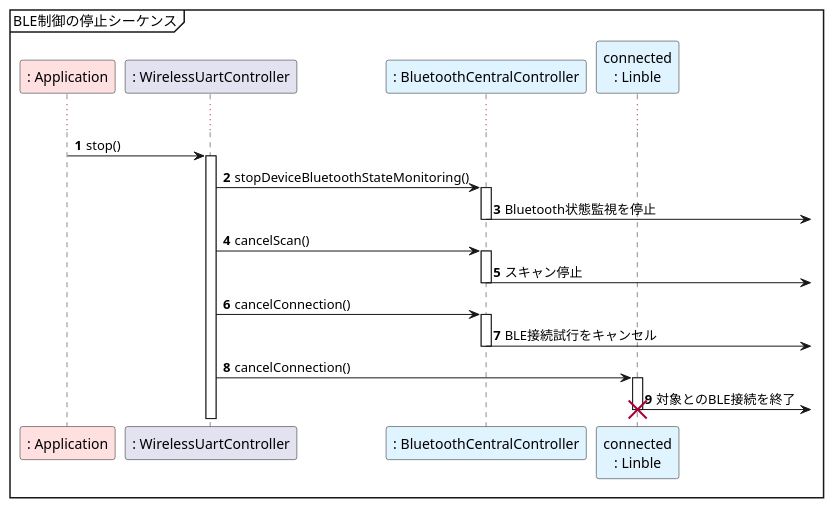
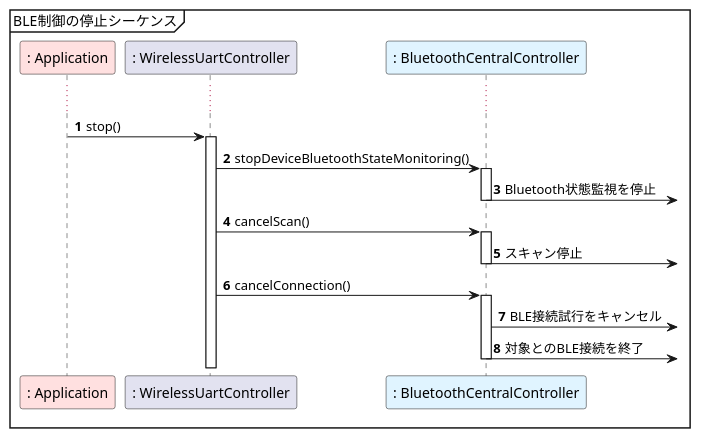
One commit to musen-connect-inc/linble-sample-wireless-uart changed diagram 12 of 16 in plantuml.md. Above: the diagram before and after it, drawn with PlantUML. The commit also changed other lines of this file and 29 other files, not shown here.

````diff
--- a/plantuml.md
+++ b/plantuml.md
@@ -558,39 +514,35 @@
 ```plantuml
 @startuml sequence_stop
 
 mainframe BLE制御の停止シーケンス
 
 participant ": Application" as Application #ffe0e0
 participant ": WirelessUartController" as WirelessUartController
 participant ": BluetoothCentralController" as BluetoothCentralController #e0f4ff
-participant "connected\n: Linble" as Linble #e0f4ff
 
 autonumber
 
 ...
 
 Application -> WirelessUartController: stop()
 activate WirelessUartController
 
 WirelessUartController -> BluetoothCentralController: stopDeviceBluetoothStateMonitoring()
 activate BluetoothCentralController
 BluetoothCentralController ->]: Bluetooth状態監視を停止
 deactivate BluetoothCentralController
 
 WirelessUartController -> BluetoothCentralController: cancelScan()
 activate BluetoothCentralController
 BluetoothCentralController ->]: スキャン停止
 deactivate BluetoothCentralController
 
 WirelessUartController -> BluetoothCentralController: cancelConnection()
 activate BluetoothCentralController
 BluetoothCentralController ->]: BLE接続試行をキャンセル
+BluetoothCentralController ->]: 対象とのBLE接続を終了
+
 deactivate BluetoothCentralController
-
-WirelessUartController -> Linble: cancelConnection()
-activate Linble
-Linble ->]: 対象とのBLE接続を終了
-destroy Linble
 
 @enduml
 ```
````
